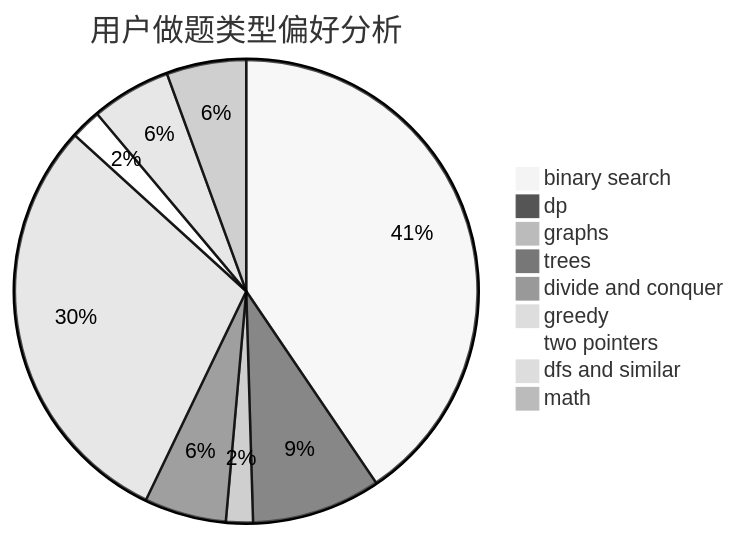
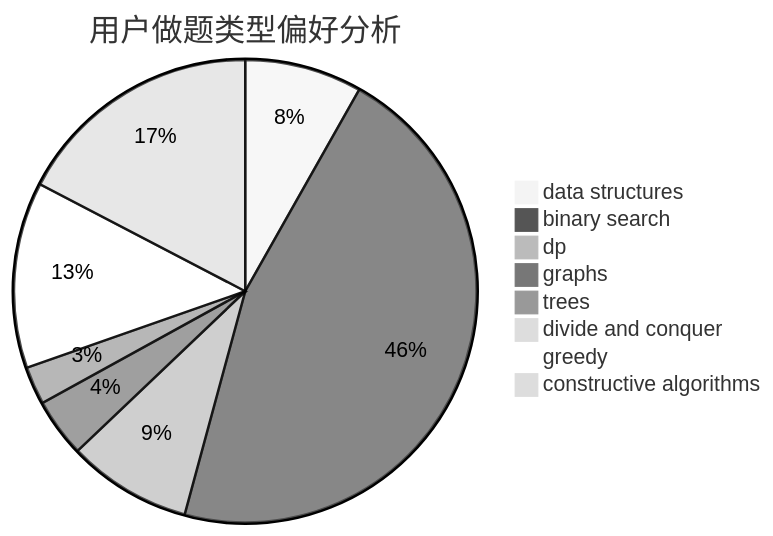
One commit to sherpahu/cfrs.github.io changed the second of 3 diagrams in docs/user/u1634.md. Above: the diagram before and after it, drawn with Mermaid (neutral theme). The commit also changed other lines of this file and 2775 other files, not shown here.

````diff
--- a/docs/user/u1634.md
+++ b/docs/user/u1634.md
@@ -23,12 +23,11 @@
 ```mermaid
 pie title 用户做题类型偏好分析
-    "binary search" :  517
-    "dp" :  115
-    "graphs" :  24
-    "trees" :  73
+    "data structures" :  34
+    "binary search" :  191
+    "dp" :  36
+    "graphs" :  17
+    "trees" :  11
     "divide and conquer" :  0
-    "greedy" :  378
-    "two pointers" :  27
-    "dfs and similar" :  71
-    "math" :  71
+    "greedy" :  54
+    "constructive algorithms" :  72
 ```
````
